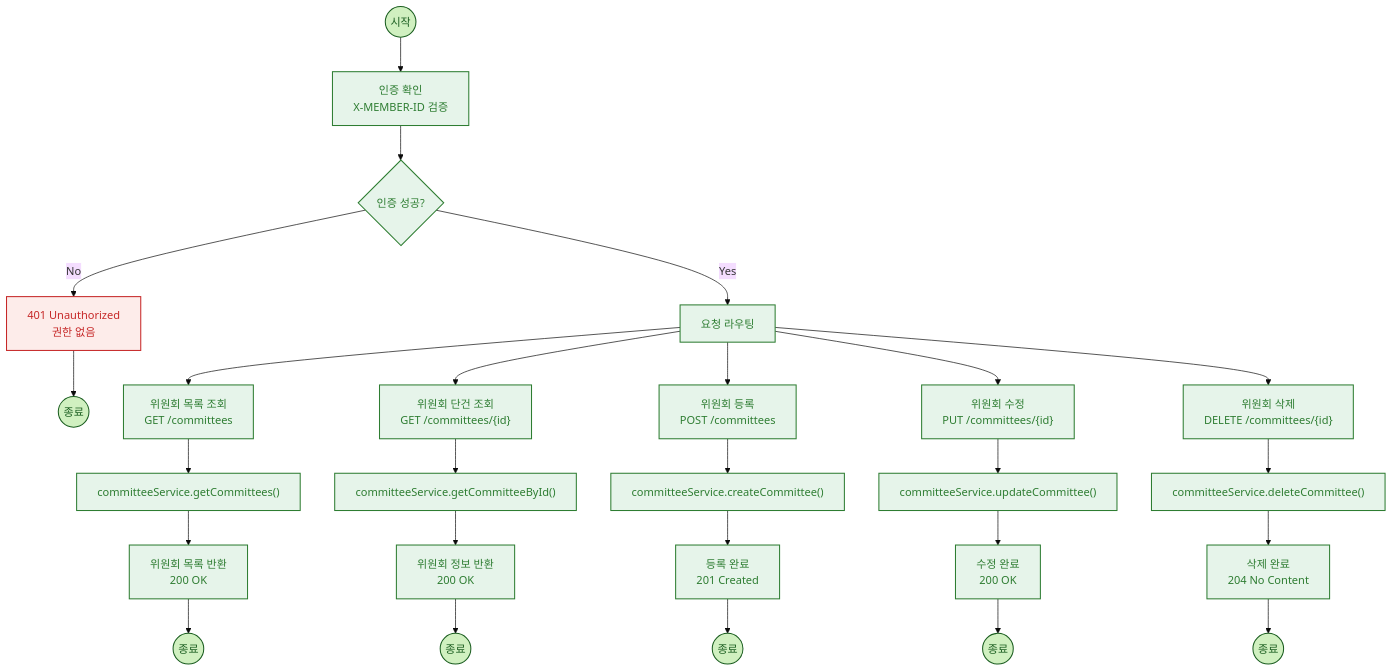
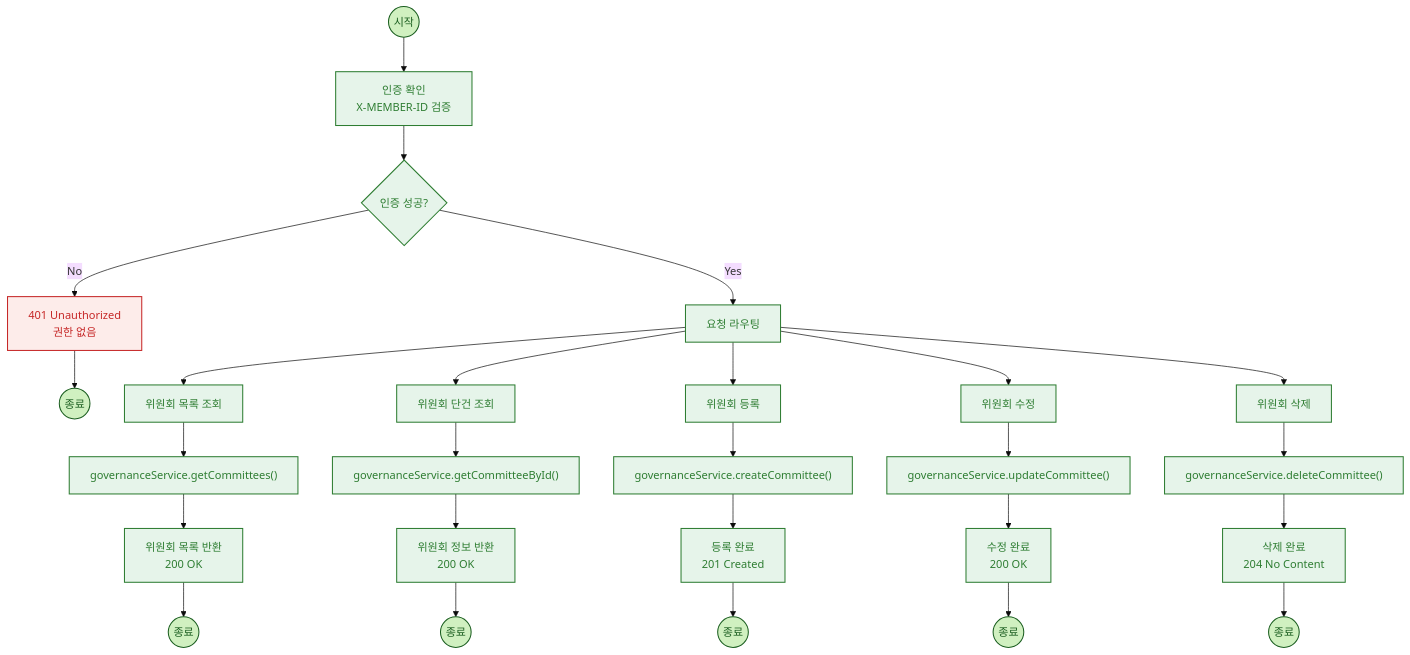
The first of 8 diagrams in README.md (NextSpringMysqlMSA/tcfd-service), drawn with Mermaid (base theme) before and after one commit. The commit also changed other lines of this file, not shown here.

Commit message:
refactor:flowchart 수정

````diff
--- a/README.md
+++ b/README.md
@@ -2,49 +2,49 @@
 ```mermaid
 flowchart TD
     %% 스타일 정의 
     classDef process fill:#e6f4ea,stroke:#2e7d32,stroke-width:1.5px,color:#2e7d32
     classDef decision fill:#e6f4ea,stroke:#2e7d32,stroke-width:1.5px,color:#2e7d32
     classDef endpoint fill:#d0f0c0,stroke:#1b5e20,stroke-width:1.5px,color:#1b5e20
     classDef service fill:#e6f4ea,stroke:#2e7d32,stroke-width:1.5px,color:#2e7d32
     classDef response fill:#e6f4ea,stroke:#2e7d32,stroke-width:1.5px,color:#2e7d32
     classDef error fill:#fdecea,stroke:#c62828,stroke-width:1.5px,color:#c62828
 
     %% 공통 인증 처리
     Start((시작)) --> Auth["인증 확인\nX-MEMBER-ID 검증"]
     Auth --> AuthCheck{"인증 성공?"}
     AuthCheck -- "No" --> Error401["401 Unauthorized\n권한 없음"] --> EndErr((종료))
     AuthCheck -- "Yes" --> Router["요청 라우팅"]
 
     %% 목록 조회
-    Router --> GetList["위원회 목록 조회\nGET /committees"]
-    GetList --> SvcList["committeeService.getCommittees()"]
+    Router --> GetList["위원회 목록 조회"]
+    GetList --> SvcList["governanceService.getCommittees()"]
     SvcList --> RespList["위원회 목록 반환\n200 OK"] --> End1((종료))
 
     %% 단건 조회
-    Router --> GetOne["위원회 단건 조회\nGET /committees/{id}"]
-    GetOne --> SvcOne["committeeService.getCommitteeById()"]
+    Router --> GetOne["위원회 단건 조회"]
+    GetOne --> SvcOne["governanceService.getCommitteeById()"]
     SvcOne --> RespOne["위원회 정보 반환\n200 OK"] --> End2((종료))
 
     %% 등록
-    Router --> Create["위원회 등록\nPOST /committees"]
-    Create --> SvcCreate["committeeService.createCommittee()"]
+    Router --> Create["위원회 등록"]
+    Create --> SvcCreate["governanceService.createCommittee()"]
     SvcCreate --> RespCreate["등록 완료\n201 Created"] --> End3((종료))
 
     %% 수정
-    Router --> Update["위원회 수정\nPUT /committees/{id}"]
-    Update --> SvcUpdate["committeeService.updateCommittee()"]
+    Router --> Update["위원회 수정"]
+    Update --> SvcUpdate["governanceService.updateCommittee()"]
     SvcUpdate --> RespUpdate["수정 완료\n200 OK"] --> End4((종료))
 
     %% 삭제
-    Router --> Delete["위원회 삭제\nDELETE /committees/{id}"]
-    Delete --> SvcDelete["committeeService.deleteCommittee()"]
+    Router --> Delete["위원회 삭제"]
+    Delete --> SvcDelete["governanceService.deleteCommittee()"]
     SvcDelete --> RespDelete["삭제 완료\n204 No Content"] --> End5((종료))
 
     %% 스타일 적용
     class Start,End1,End2,End3,End4,End5,EndErr endpoint
     class Auth,GetList,GetOne,Create,Update,Delete,Router process
     class AuthCheck decision
     class SvcList,SvcOne,SvcCreate,SvcUpdate,SvcDelete service
     class RespList,RespOne,RespCreate,RespUpdate,RespDelete response
     class Error401 error
 ```
````
